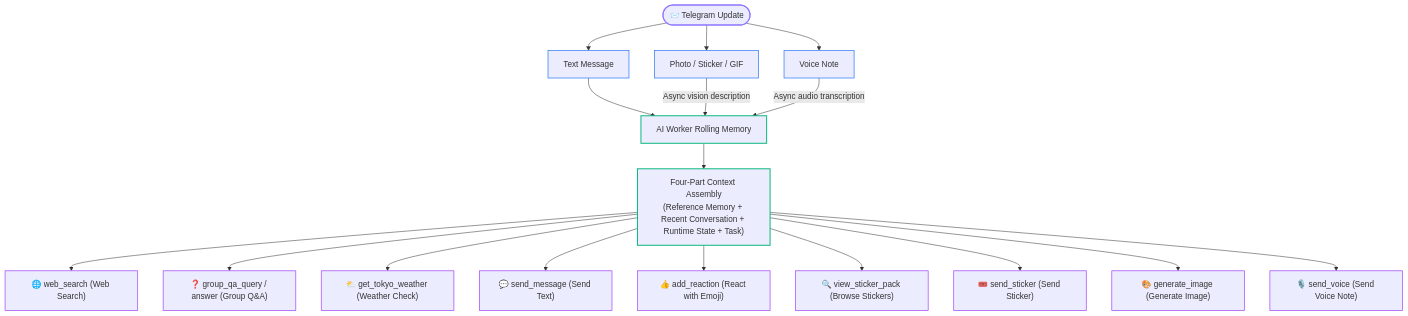
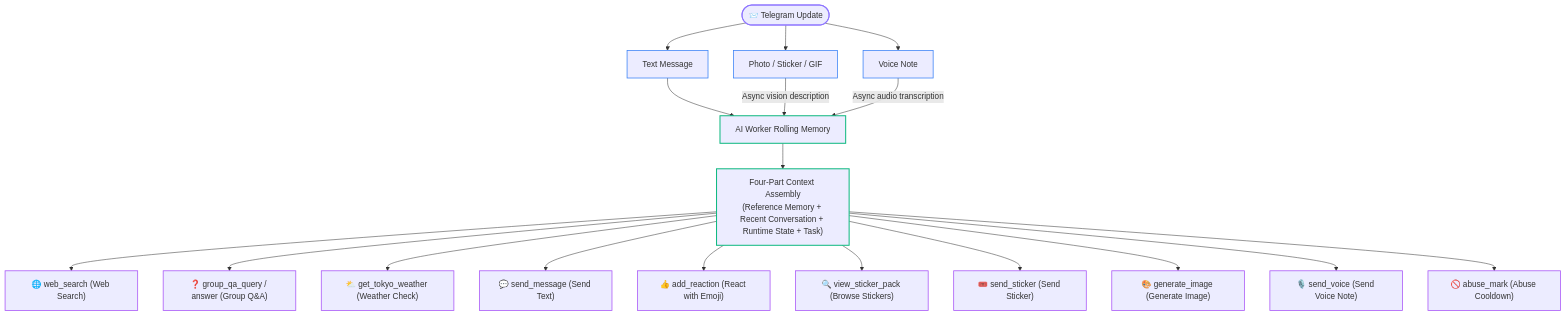
The second of 2 diagrams in docs/en/02-architecture.md (AsaNeonSama/copy_ninjia), drawn with Mermaid before and after one commit. The commit also changed 32 other files, not shown here.

First line of the commit message:
docs: tighten abuse_mark tool contract and sync trilingual docs and coverage metrics

````diff
--- a/docs/en/02-architecture.md
+++ b/docs/en/02-architecture.md
@@ -127,27 +127,28 @@
 ```mermaid
 flowchart TD
     classDef input stroke:#8e75ff,stroke-width:2px;
     classDef process stroke:#3b82f6,stroke-width:1.5px;
     classDef ai stroke:#10b981,stroke-width:2px;
     classDef action stroke:#a855f7,stroke-width:1.5px;
 
     U(["📨 Telegram Update"]):::input --> TXT["Text Message"]:::process
     U --> MED["Photo / Sticker / GIF"]:::process
     U --> VOC["Voice Note"]:::process
 
     TXT --> MEM["AI Worker Rolling Memory"]:::ai
     MED -- Async vision description --> MEM
     VOC -- Async audio transcription --> MEM
 
     MEM --> G["Four-Part Context Assembly<br/>(Reference Memory + Recent Conversation + Runtime State + Task)"]:::ai
 
     G --> T1["🌐 web_search (Web Search)"]:::action
     G --> T2["❓ group_qa_query / answer (Group Q&A)"]:::action
     G --> T3["⛅ get_tokyo_weather (Weather Check)"]:::action
     G --> A1["💬 send_message (Send Text)"]:::action
     G --> A2["👍 add_reaction (React with Emoji)"]:::action
     G --> A3["🔍 view_sticker_pack (Browse Stickers)"]:::action
     G --> A4["🎟️ send_sticker (Send Sticker)"]:::action
     G --> A5["🎨 generate_image (Generate Image)"]:::action
     G --> A6["🎙️ send_voice (Send Voice Note)"]:::action
+    G --> A7["🚫 abuse_mark (Abuse Cooldown)"]:::action
 ```
````
